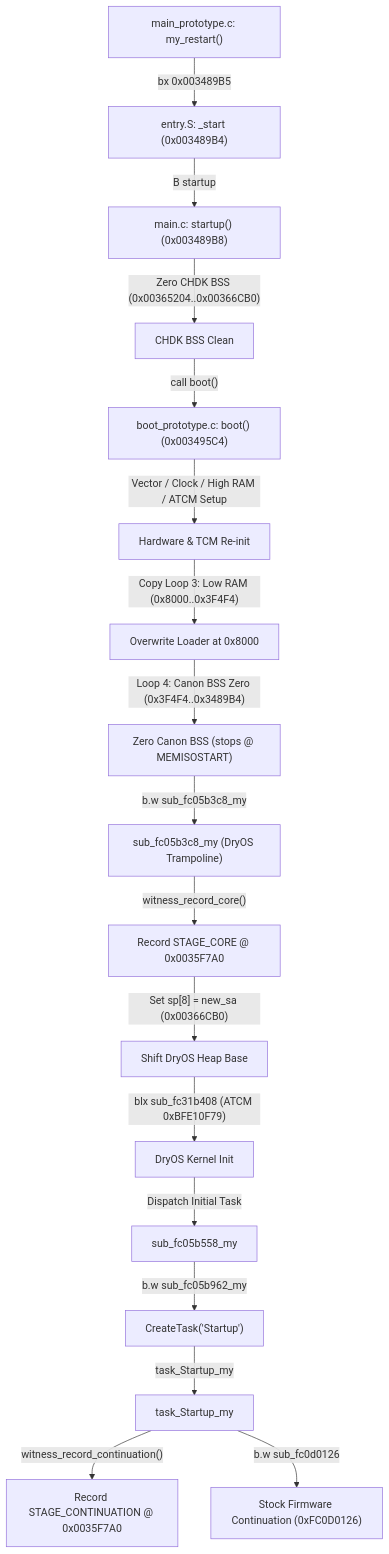
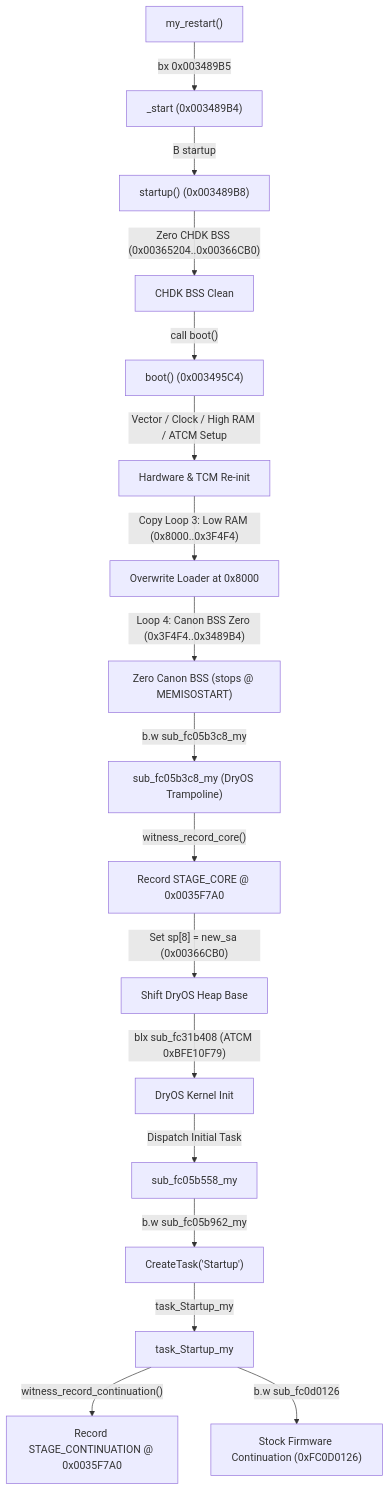
Before and after one commit to s4urj3ng/g3x-lite: the diagram in docs/PORT21_RAM_LIFETIME.md, drawn with Mermaid. The commit also changed other lines of this file and 2 other files, not shown here.

````diff
--- a/docs/PORT21_RAM_LIFETIME.md
+++ b/docs/PORT21_RAM_LIFETIME.md
@@ -70,19 +70,19 @@
 ```mermaid
 flowchart TD
-    L["main_prototype.c: my_restart()"] -->|"bx 0x003489B5"| E["entry.S: _start (0x003489B4)"]
-    E -->|"B startup"| S["main.c: startup() (0x003489B8)"]
+    L["my_restart()"] -->|"bx 0x003489B5"| E["_start (0x003489B4)"]
+    E -->|"B startup"| S["startup() (0x003489B8)"]
     S -->|"Zero CHDK BSS (0x00365204..0x00366CB0)"| SB["CHDK BSS Clean"]
-    SB -->|"call boot()"| B["boot_prototype.c: boot() (0x003495C4)"]
+    SB -->|"call boot()"| B["boot() (0x003495C4)"]
     B -->|"Vector / Clock / High RAM / ATCM Setup"| B1["Hardware & TCM Re-init"]
     B1 -->|"Copy Loop 3: Low RAM (0x8000..0x3F4F4)"| B2["Overwrite Loader at 0x8000"]
     B2 -->|"Loop 4: Canon BSS Zero (0x3F4F4..0x3489B4)"| B3["Zero Canon BSS (stops @ MEMISOSTART)"]
     B3 -->|"b.w sub_fc05b3c8_my"| T["sub_fc05b3c8_my (DryOS Trampoline)"]
     T -->|"witness_record_core()"| W2["Record STAGE_CORE @ 0x0035F7A0"]
     W2 -->|"Set sp[8] = new_sa (0x00366CB0)"| SH["Shift DryOS Heap Base"]
     SH -->|"blx sub_fc31b408 (ATCM 0xBFE10F79)"| K["DryOS Kernel Init"]
     K -->|"Dispatch Initial Task"| IT["sub_fc05b558_my"]
     IT -->|"b.w sub_fc05b962_my"| CR["CreateTask('Startup')"]
     CR -->|"task_Startup_my"| SM["task_Startup_my"]
     SM -->|"witness_record_continuation()"| W3["Record STAGE_CONTINUATION @ 0x0035F7A0"]
     SM -->|"b.w sub_fc0d0126"| FW["Stock Firmware Continuation (0xFC0D0126)"]
 ```
````
